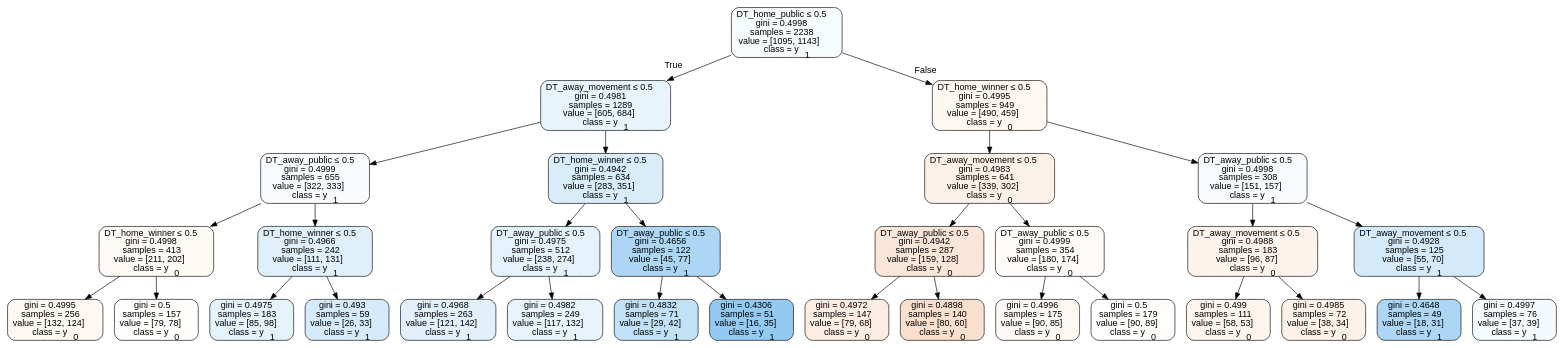
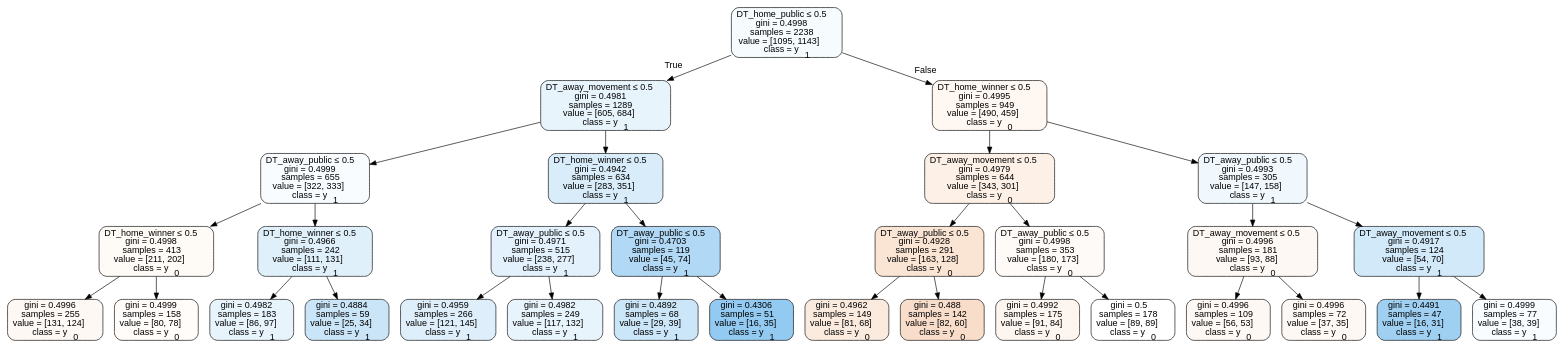
One commit to usbogie/ncaa-bets changed the diagram in tree_data/tree2011neutral.dot. Above: the diagram before and after it, drawn with Graphviz. The commit also changed 27 other files, not shown here.

```diff
--- a/tree_data/tree2011neutral.dot
+++ b/tree_data/tree2011neutral.dot
@@ -1,65 +1,65 @@
 digraph Tree {
 node [shape=box, style="filled, rounded", color="black", fontname=helvetica] ;
 edge [fontname=helvetica] ;
 0 [label=<DT_home_public &le; 0.5<br/>gini = 0.4998<br/>samples = 2238<br/>value = [1095, 1143]<br/>class = y<SUB>1</SUB>>, fillcolor="#399de50b"] ;
 1 [label=<DT_away_movement &le; 0.5<br/>gini = 0.4981<br/>samples = 1289<br/>value = [605, 684]<br/>class = y<SUB>1</SUB>>, fillcolor="#399de51d"] ;
 0 -> 1 [labeldistance=2.5, labelangle=45, headlabel="True"] ;
 2 [label=<DT_away_public &le; 0.5<br/>gini = 0.4999<br/>samples = 655<br/>value = [322, 333]<br/>class = y<SUB>1</SUB>>, fillcolor="#399de508"] ;
 1 -> 2 ;
 3 [label=<DT_home_winner &le; 0.5<br/>gini = 0.4998<br/>samples = 413<br/>value = [211, 202]<br/>class = y<SUB>0</SUB>>, fillcolor="#e581390b"] ;
 2 -> 3 ;
-4 [label=<gini = 0.4995<br/>samples = 256<br/>value = [132, 124]<br/>class = y<SUB>0</SUB>>, fillcolor="#e581390f"] ;
+4 [label=<gini = 0.4996<br/>samples = 255<br/>value = [131, 124]<br/>class = y<SUB>0</SUB>>, fillcolor="#e581390e"] ;
 3 -> 4 ;
-5 [label=<gini = 0.5<br/>samples = 157<br/>value = [79, 78]<br/>class = y<SUB>0</SUB>>, fillcolor="#e5813903"] ;
+5 [label=<gini = 0.4999<br/>samples = 158<br/>value = [80, 78]<br/>class = y<SUB>0</SUB>>, fillcolor="#e5813906"] ;
 3 -> 5 ;
 6 [label=<DT_home_winner &le; 0.5<br/>gini = 0.4966<br/>samples = 242<br/>value = [111, 131]<br/>class = y<SUB>1</SUB>>, fillcolor="#399de527"] ;
 2 -> 6 ;
-7 [label=<gini = 0.4975<br/>samples = 183<br/>value = [85, 98]<br/>class = y<SUB>1</SUB>>, fillcolor="#399de522"] ;
+7 [label=<gini = 0.4982<br/>samples = 183<br/>value = [86, 97]<br/>class = y<SUB>1</SUB>>, fillcolor="#399de51d"] ;
 6 -> 7 ;
-8 [label=<gini = 0.493<br/>samples = 59<br/>value = [26, 33]<br/>class = y<SUB>1</SUB>>, fillcolor="#399de536"] ;
+8 [label=<gini = 0.4884<br/>samples = 59<br/>value = [25, 34]<br/>class = y<SUB>1</SUB>>, fillcolor="#399de544"] ;
 6 -> 8 ;
 9 [label=<DT_home_winner &le; 0.5<br/>gini = 0.4942<br/>samples = 634<br/>value = [283, 351]<br/>class = y<SUB>1</SUB>>, fillcolor="#399de531"] ;
 1 -> 9 ;
-10 [label=<DT_away_public &le; 0.5<br/>gini = 0.4975<br/>samples = 512<br/>value = [238, 274]<br/>class = y<SUB>1</SUB>>, fillcolor="#399de522"] ;
+10 [label=<DT_away_public &le; 0.5<br/>gini = 0.4971<br/>samples = 515<br/>value = [238, 277]<br/>class = y<SUB>1</SUB>>, fillcolor="#399de524"] ;
 9 -> 10 ;
-11 [label=<gini = 0.4968<br/>samples = 263<br/>value = [121, 142]<br/>class = y<SUB>1</SUB>>, fillcolor="#399de526"] ;
+11 [label=<gini = 0.4959<br/>samples = 266<br/>value = [121, 145]<br/>class = y<SUB>1</SUB>>, fillcolor="#399de52a"] ;
 10 -> 11 ;
 12 [label=<gini = 0.4982<br/>samples = 249<br/>value = [117, 132]<br/>class = y<SUB>1</SUB>>, fillcolor="#399de51d"] ;
 10 -> 12 ;
-13 [label=<DT_away_public &le; 0.5<br/>gini = 0.4656<br/>samples = 122<br/>value = [45, 77]<br/>class = y<SUB>1</SUB>>, fillcolor="#399de56a"] ;
+13 [label=<DT_away_public &le; 0.5<br/>gini = 0.4703<br/>samples = 119<br/>value = [45, 74]<br/>class = y<SUB>1</SUB>>, fillcolor="#399de564"] ;
 9 -> 13 ;
-14 [label=<gini = 0.4832<br/>samples = 71<br/>value = [29, 42]<br/>class = y<SUB>1</SUB>>, fillcolor="#399de54f"] ;
+14 [label=<gini = 0.4892<br/>samples = 68<br/>value = [29, 39]<br/>class = y<SUB>1</SUB>>, fillcolor="#399de541"] ;
 13 -> 14 ;
 15 [label=<gini = 0.4306<br/>samples = 51<br/>value = [16, 35]<br/>class = y<SUB>1</SUB>>, fillcolor="#399de58a"] ;
 13 -> 15 ;
 16 [label=<DT_home_winner &le; 0.5<br/>gini = 0.4995<br/>samples = 949<br/>value = [490, 459]<br/>class = y<SUB>0</SUB>>, fillcolor="#e5813910"] ;
 0 -> 16 [labeldistance=2.5, labelangle=-45, headlabel="False"] ;
-17 [label=<DT_away_movement &le; 0.5<br/>gini = 0.4983<br/>samples = 641<br/>value = [339, 302]<br/>class = y<SUB>0</SUB>>, fillcolor="#e581391c"] ;
+17 [label=<DT_away_movement &le; 0.5<br/>gini = 0.4979<br/>samples = 644<br/>value = [343, 301]<br/>class = y<SUB>0</SUB>>, fillcolor="#e581391f"] ;
 16 -> 17 ;
-18 [label=<DT_away_public &le; 0.5<br/>gini = 0.4942<br/>samples = 287<br/>value = [159, 128]<br/>class = y<SUB>0</SUB>>, fillcolor="#e5813932"] ;
+18 [label=<DT_away_public &le; 0.5<br/>gini = 0.4928<br/>samples = 291<br/>value = [163, 128]<br/>class = y<SUB>0</SUB>>, fillcolor="#e5813937"] ;
 17 -> 18 ;
-19 [label=<gini = 0.4972<br/>samples = 147<br/>value = [79, 68]<br/>class = y<SUB>0</SUB>>, fillcolor="#e5813924"] ;
+19 [label=<gini = 0.4962<br/>samples = 149<br/>value = [81, 68]<br/>class = y<SUB>0</SUB>>, fillcolor="#e5813929"] ;
 18 -> 19 ;
-20 [label=<gini = 0.4898<br/>samples = 140<br/>value = [80, 60]<br/>class = y<SUB>0</SUB>>, fillcolor="#e5813940"] ;
+20 [label=<gini = 0.488<br/>samples = 142<br/>value = [82, 60]<br/>class = y<SUB>0</SUB>>, fillcolor="#e5813944"] ;
 18 -> 20 ;
-21 [label=<DT_away_public &le; 0.5<br/>gini = 0.4999<br/>samples = 354<br/>value = [180, 174]<br/>class = y<SUB>0</SUB>>, fillcolor="#e5813908"] ;
+21 [label=<DT_away_public &le; 0.5<br/>gini = 0.4998<br/>samples = 353<br/>value = [180, 173]<br/>class = y<SUB>0</SUB>>, fillcolor="#e581390a"] ;
 17 -> 21 ;
-22 [label=<gini = 0.4996<br/>samples = 175<br/>value = [90, 85]<br/>class = y<SUB>0</SUB>>, fillcolor="#e581390e"] ;
+22 [label=<gini = 0.4992<br/>samples = 175<br/>value = [91, 84]<br/>class = y<SUB>0</SUB>>, fillcolor="#e5813914"] ;
 21 -> 22 ;
-23 [label=<gini = 0.5<br/>samples = 179<br/>value = [90, 89]<br/>class = y<SUB>0</SUB>>, fillcolor="#e5813903"] ;
+23 [label=<gini = 0.5<br/>samples = 178<br/>value = [89, 89]<br/>class = y<SUB>0</SUB>>, fillcolor="#e5813900"] ;
 21 -> 23 ;
-24 [label=<DT_away_public &le; 0.5<br/>gini = 0.4998<br/>samples = 308<br/>value = [151, 157]<br/>class = y<SUB>1</SUB>>, fillcolor="#399de50a"] ;
+24 [label=<DT_away_public &le; 0.5<br/>gini = 0.4993<br/>samples = 305<br/>value = [147, 158]<br/>class = y<SUB>1</SUB>>, fillcolor="#399de512"] ;
 16 -> 24 ;
-25 [label=<DT_away_movement &le; 0.5<br/>gini = 0.4988<br/>samples = 183<br/>value = [96, 87]<br/>class = y<SUB>0</SUB>>, fillcolor="#e5813918"] ;
+25 [label=<DT_away_movement &le; 0.5<br/>gini = 0.4996<br/>samples = 181<br/>value = [93, 88]<br/>class = y<SUB>0</SUB>>, fillcolor="#e581390e"] ;
 24 -> 25 ;
-26 [label=<gini = 0.499<br/>samples = 111<br/>value = [58, 53]<br/>class = y<SUB>0</SUB>>, fillcolor="#e5813916"] ;
+26 [label=<gini = 0.4996<br/>samples = 109<br/>value = [56, 53]<br/>class = y<SUB>0</SUB>>, fillcolor="#e581390e"] ;
 25 -> 26 ;
-27 [label=<gini = 0.4985<br/>samples = 72<br/>value = [38, 34]<br/>class = y<SUB>0</SUB>>, fillcolor="#e581391b"] ;
+27 [label=<gini = 0.4996<br/>samples = 72<br/>value = [37, 35]<br/>class = y<SUB>0</SUB>>, fillcolor="#e581390e"] ;
 25 -> 27 ;
-28 [label=<DT_away_movement &le; 0.5<br/>gini = 0.4928<br/>samples = 125<br/>value = [55, 70]<br/>class = y<SUB>1</SUB>>, fillcolor="#399de537"] ;
+28 [label=<DT_away_movement &le; 0.5<br/>gini = 0.4917<br/>samples = 124<br/>value = [54, 70]<br/>class = y<SUB>1</SUB>>, fillcolor="#399de53a"] ;
 24 -> 28 ;
-29 [label=<gini = 0.4648<br/>samples = 49<br/>value = [18, 31]<br/>class = y<SUB>1</SUB>>, fillcolor="#399de56b"] ;
+29 [label=<gini = 0.4491<br/>samples = 47<br/>value = [16, 31]<br/>class = y<SUB>1</SUB>>, fillcolor="#399de57b"] ;
 28 -> 29 ;
-30 [label=<gini = 0.4997<br/>samples = 76<br/>value = [37, 39]<br/>class = y<SUB>1</SUB>>, fillcolor="#399de50d"] ;
+30 [label=<gini = 0.4999<br/>samples = 77<br/>value = [38, 39]<br/>class = y<SUB>1</SUB>>, fillcolor="#399de507"] ;
 28 -> 30 ;
 }
```
